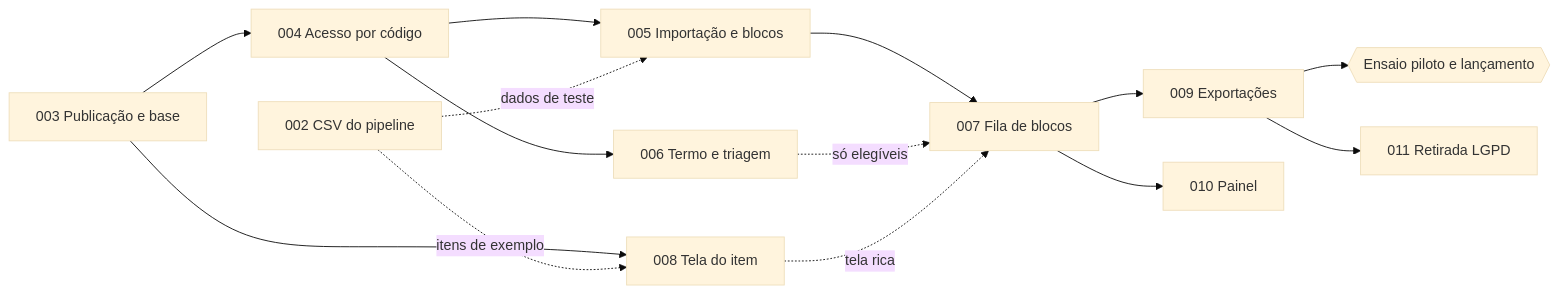
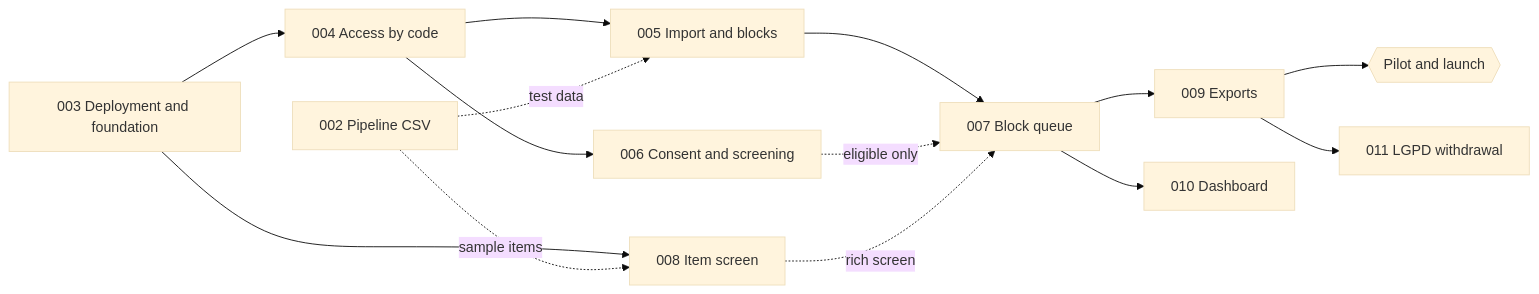
The diagram in specs/ROADMAP.md (diegoquirino/openscience), drawn with Mermaid (base theme) before and after one commit. The commit also changed other lines of this file and 58 other files, not shown here.

````diff
--- a/specs/ROADMAP.md
+++ b/specs/ROADMAP.md
@@ -25,28 +27,28 @@
 ```mermaid
 flowchart LR
-    S002[002 CSV do pipeline]
-    S003[003 Publicação e base]
-    S004[004 Acesso por código]
-    S005[005 Importação e blocos]
-    S006[006 Termo e triagem]
-    S007[007 Fila de blocos]
-    S008[008 Tela do item]
-    S009[009 Exportações]
-    PIL{{Ensaio piloto e lançamento}}
-    S010[010 Painel]
-    S011[011 Retirada LGPD]
+    S002[002 Pipeline CSV]
+    S003[003 Deployment and foundation]
+    S004[004 Access by code]
+    S005[005 Import and blocks]
+    S006[006 Consent and screening]
+    S007[007 Block queue]
+    S008[008 Item screen]
+    S009[009 Exports]
+    PIL{{Pilot and launch}}
+    S010[010 Dashboard]
+    S011[011 LGPD withdrawal]
 
     S003 --> S004
     S004 --> S005
     S004 --> S006
     S003 --> S008
-    S002 -. dados de teste .-> S005
-    S002 -. itens de exemplo .-> S008
+    S002 -. test data .-> S005
+    S002 -. sample items .-> S008
     S005 --> S007
-    S006 -. só elegíveis .-> S007
-    S008 -. tela rica .-> S007
+    S006 -. eligible only .-> S007
+    S008 -. rich screen .-> S007
     S007 --> S009
     S009 --> PIL
     S007 --> S010
     S009 --> S011
 ```
````
